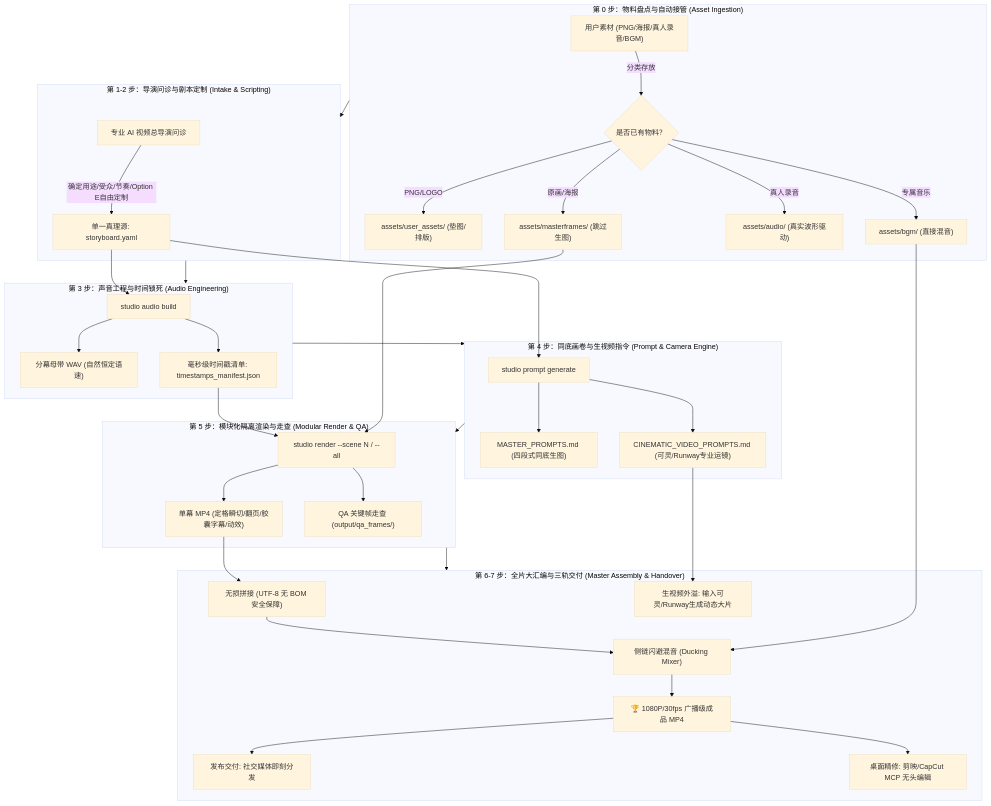
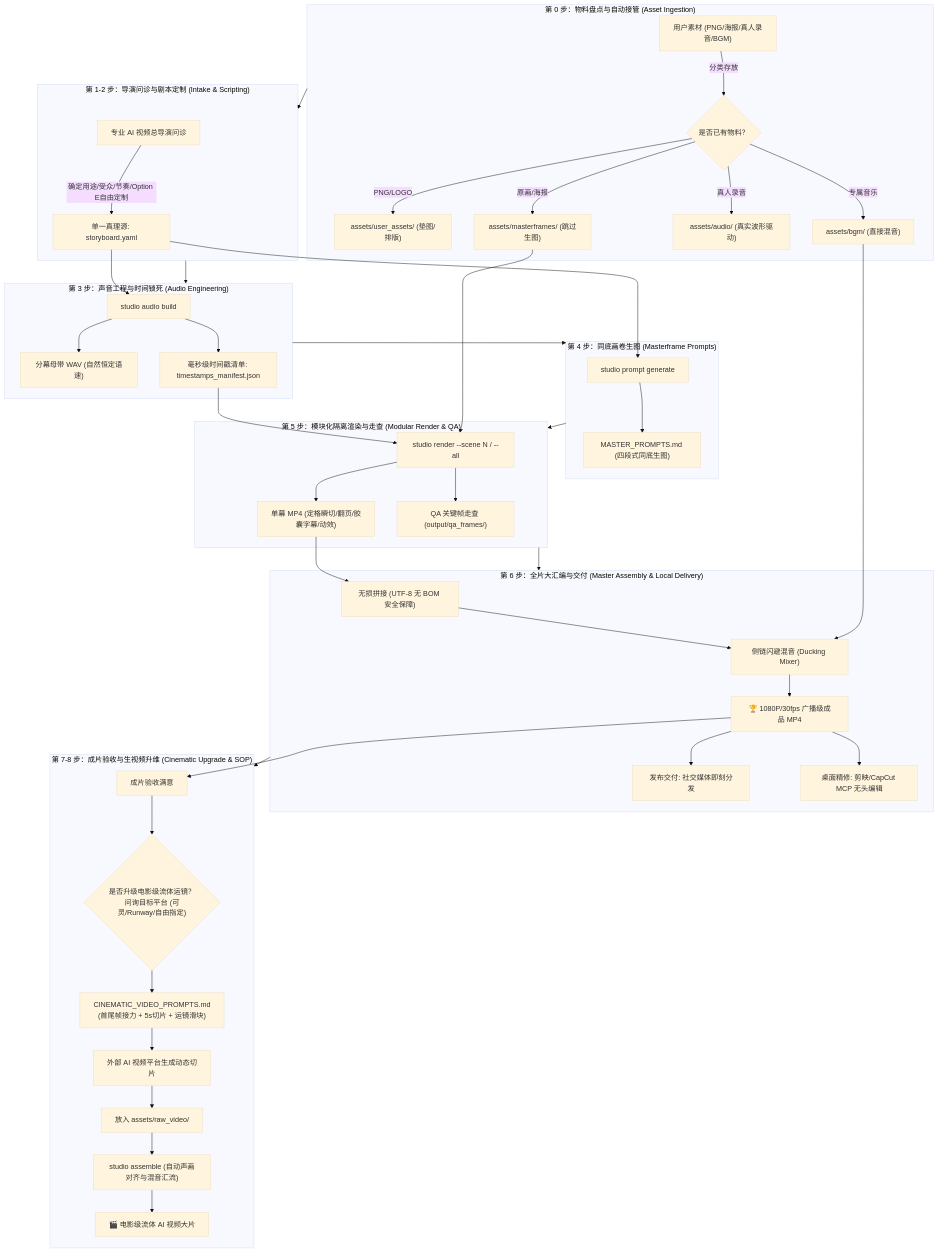
One commit to Bruceqiu67/human-ai-video-director changed the diagram in README.md. Above: the diagram before and after it, drawn with Mermaid (base theme). The commit also changed other lines of this file and 3 other files, not shown here.

Commit message:
docs(flow): decouple target platform inquiry to post-render handover and add Option F

````diff
--- a/README.md
+++ b/README.md
@@ -79,47 +79,55 @@
 ```mermaid
 flowchart TD
     subgraph Phase0["第 0 步：物料盘点与自动接管 (Asset Ingestion)"]
         UserAssets["用户素材 (PNG/海报/真人录音/BGM)"]
         UserAssets -->|分类存放| IngestCheck{"是否已有物料？"}
         IngestCheck -->|PNG/LOGO| BoxUser["assets/user_assets/ (垫图/排版)"]
         IngestCheck -->|原画/海报| BoxFrame["assets/masterframes/ (跳过生图)"]
         IngestCheck -->|真人录音| BoxAudio["assets/audio/ (真实波形驱动)"]
         IngestCheck -->|专属音乐| BoxBGM["assets/bgm/ (直接混音)"]
     end
 
     subgraph Phase1["第 1-2 步：导演问诊与剧本定制 (Intake & Scripting)"]
         Director["专业 AI 视频总导演问诊"]
         Director -->|确定用途/受众/节奏/Option E自由定制| Storyboard["单一真理源: storyboard.yaml"]
     end
 
     subgraph Phase2["第 3 步：声音工程与时间锁死 (Audio Engineering)"]
         Storyboard --> AudioBuild["studio audio build"]
         AudioBuild --> MasterWAV["分幕母带 WAV (自然恒定语速)"]
         AudioBuild --> Manifest["毫秒级时间戳清单: timestamps_manifest.json"]
     end
 
-    subgraph Phase3["第 4 步：同底画卷与生视频指令 (Prompt & Camera Engine)"]
+    subgraph Phase3["第 4 步：同底画卷生图 (Masterframe Prompts)"]
         Storyboard --> PromptGen["studio prompt generate"]
         PromptGen --> ImagePrompts["MASTER_PROMPTS.md (四段式同底生图)"]
-        PromptGen --> VideoPrompts["CINEMATIC_VIDEO_PROMPTS.md (可灵/Runway专业运镜)"]
     end
 
     subgraph Phase4["第 5 步：模块化隔离渲染与走查 (Modular Render & QA)"]
         Manifest --> RenderEngine["studio render --scene N / --all"]
         BoxFrame --> RenderEngine
         RenderEngine --> SceneMP4["单幕 MP4 (定格瞬切/翻页/胶囊字幕/动效)"]
         RenderEngine --> QAFrames["QA 关键帧走查 (output/qa_frames/)"]
     end
 
-    subgraph Phase5["第 6-7 步：全片大汇编与三轨交付 (Master Assembly & Handover)"]
+    subgraph Phase5["第 6 步：全片大汇编与交付 (Master Assembly & Local Delivery)"]
         SceneMP4 --> Concat["无损拼接 (UTF-8 无 BOM 安全保障)"]
         Concat --> Ducking["侧链闪避混音 (Ducking Mixer)"]
         BoxBGM --> Ducking
         Ducking --> FinalMP4["🏆 1080P/30fps 广播级成品 MP4"]
         FinalMP4 --> HandoverA["发布交付: 社交媒体即刻分发"]
         FinalMP4 --> HandoverB["桌面精修: 剪映/CapCut MCP 无头编辑"]
-        VideoPrompts --> HandoverC["生视频外溢: 输入可灵/Runway生成动态大片"]
     end
 
-    Phase0 --> Phase1 --> Phase2 --> Phase3 --> Phase4 --> Phase5
+    subgraph Phase6["第 7-8 步：成片验收与生视频升维 (Cinematic Upgrade & SOP)"]
+        FinalMP4 --> Review["成片验收满意"]
+        Review --> AskPlatform{"是否升级电影级流体运镜？<br/>问询目标平台 (可灵/Runway/自由指定)"}
+        AskPlatform --> VideoPrompts["CINEMATIC_VIDEO_PROMPTS.md<br/>(首尾帧接力 + 5s切片 + 运镜滑块)"]
+        VideoPrompts --> OutAI["外部 AI 视频平台生成动态切片"]
+        OutAI --> RawVideo["放入 assets/raw_video/"]
+        RawVideo --> ReAssemble["studio assemble (自动声画对齐与混音汇流)"]
+        ReAssemble --> MasterCinematic["🎬 电影级流体 AI 视频大片"]
+    end
+
+    Phase0 --> Phase1 --> Phase2 --> Phase3 --> Phase4 --> Phase5 --> Phase6
 ```
````
